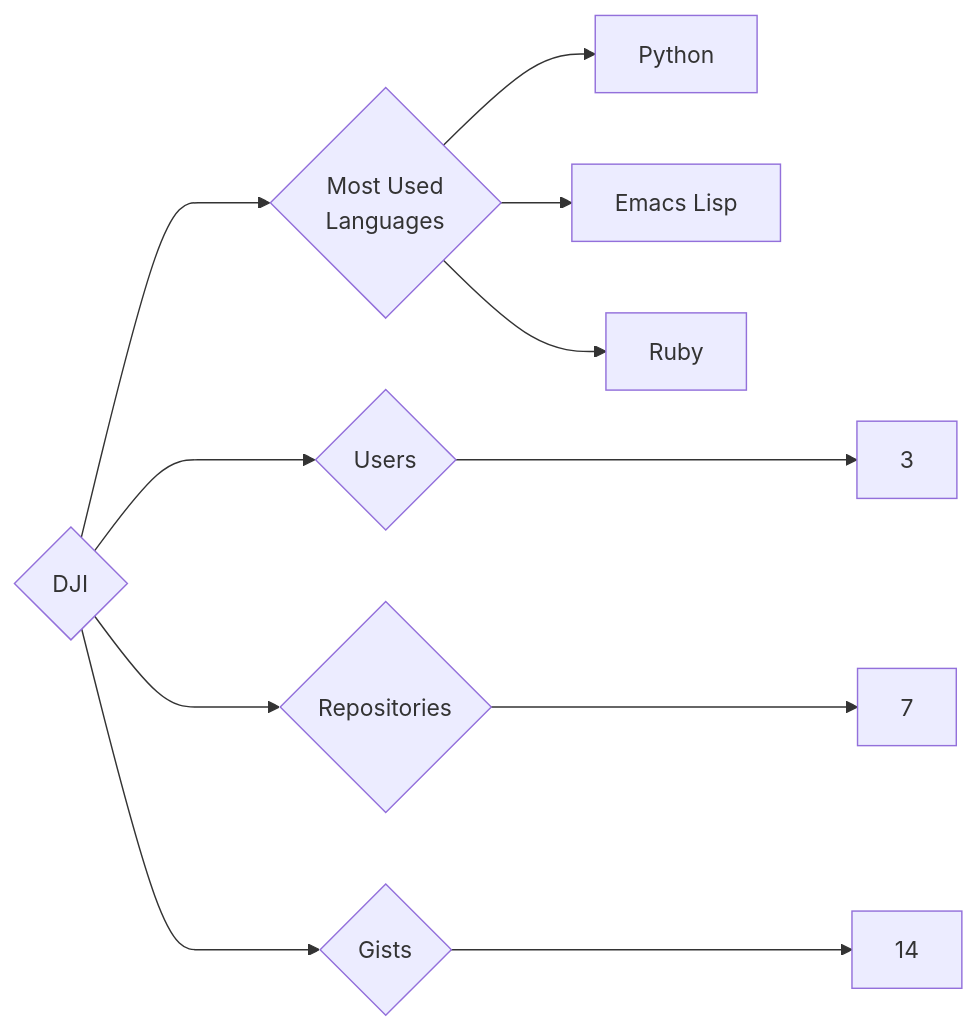
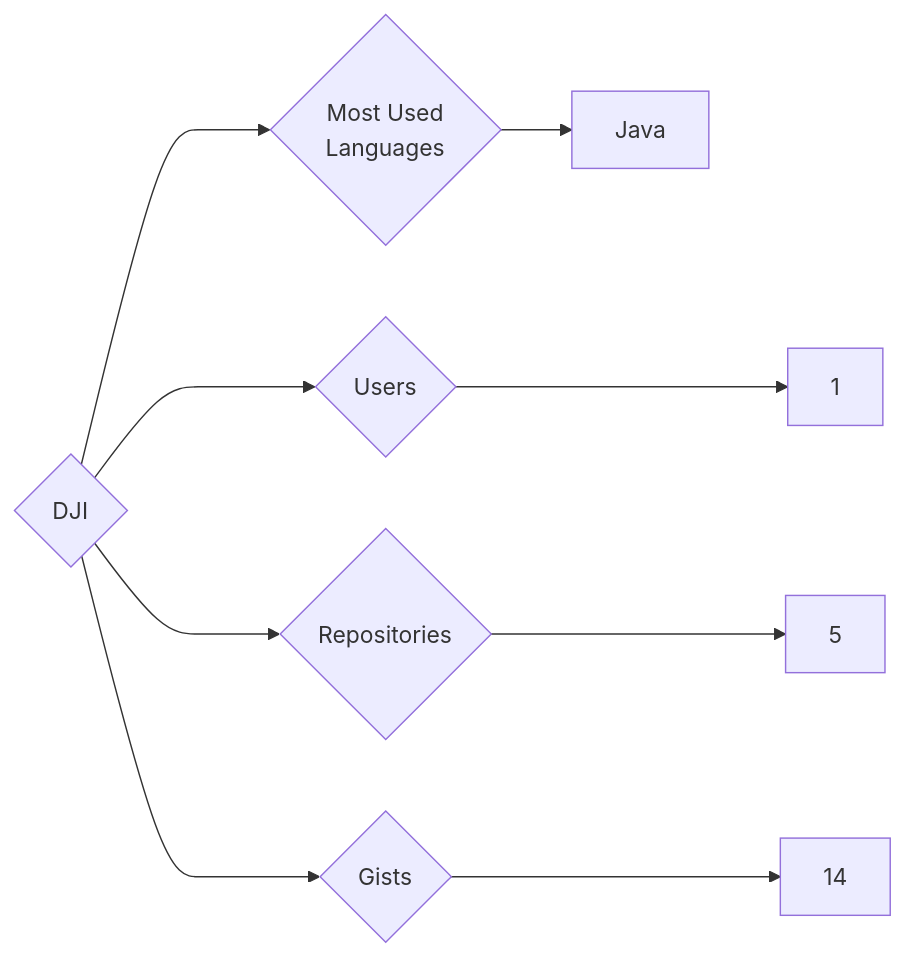
Before and after one commit to trickest/insiders: the diagram in targets/DJI/README.md, drawn with Mermaid. The commit also changed 988 other files, not shown here.

````diff
--- a/targets/DJI/README.md
+++ b/targets/DJI/README.md
@@ -3,11 +3,9 @@
 ```mermaid
 graph LR
 COMPANY_NAME{DJI}
-COMPANY_NAME ---> U{Users} ---> UN[3]
-COMPANY_NAME ---> R{Repositories} ---> RN[7]
+COMPANY_NAME ---> U{Users} ---> UN[1]
+COMPANY_NAME ---> R{Repositories} ---> RN[5]
 COMPANY_NAME ---> G{Gists} ---> GN[14]
 COMPANY_NAME ---> ML{Most Used<br>Languages}
-ML --> Python[Python]
-ML --> Emacs_Lisp[Emacs Lisp]
-ML --> Ruby[Ruby]
+ML --> Java[Java]
 ```
````
